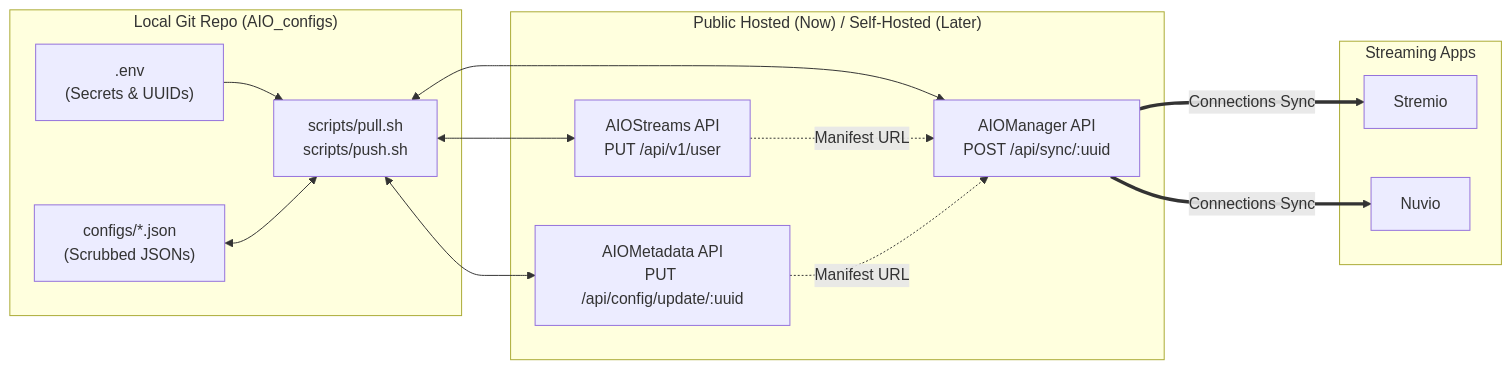
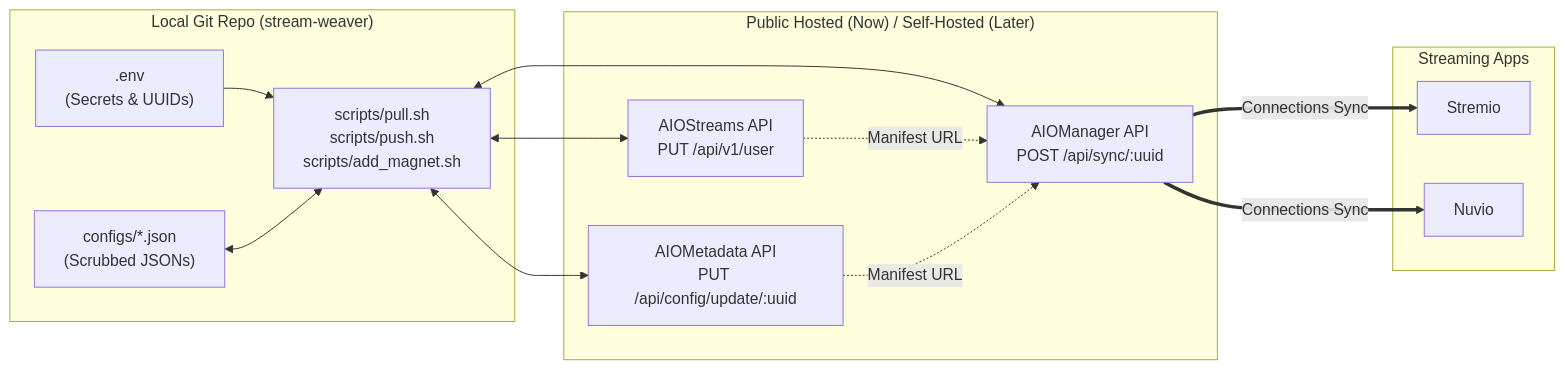
Before and after one commit to Darshan-AS/stream-weaver: the diagram in README.md, drawn with Mermaid. The commit also changed other lines of this file and 2 other files, not shown here.

Commit message:
chore(repo): Rename project to Stream Weaver (stream-weaver) and update documentation

````diff
--- a/README.md
+++ b/README.md
@@ -13,29 +13,29 @@
 ```mermaid
 flowchart LR
-    subgraph GitRepo["Local Git Repo (AIO_configs)"]
+    subgraph GitRepo["Local Git Repo (stream-weaver)"]
         Env[".env<br/>(Secrets & UUIDs)"]
         JSONs["configs/*.json<br/>(Scrubbed JSONs)"]
-        CLI["scripts/pull.sh<br/>scripts/push.sh"]
+        CLI["scripts/pull.sh<br/>scripts/push.sh<br/>scripts/add_magnet.sh"]
     end
 
     subgraph Hosted["Public Hosted (Now) / Self-Hosted (Later)"]
         AS["AIOStreams API<br/>PUT /api/v1/user"]
         AM["AIOMetadata API<br/>PUT /api/config/update/:uuid"]
         MGR["AIOManager API<br/>POST /api/sync/:uuid"]
     end
 
     subgraph Apps["Streaming Apps"]
         Stremio["Stremio"]
         Nuvio["Nuvio"]
     end
 
     Env --> CLI
     JSONs <--> CLI
     CLI <--> AS
     CLI <--> AM
     CLI <--> MGR
     AS -. "Manifest URL" .-> MGR
     AM -. "Manifest URL" .-> MGR
     MGR == "Connections Sync" ==> Stremio
     MGR == "Connections Sync" ==> Nuvio
 ```
````
